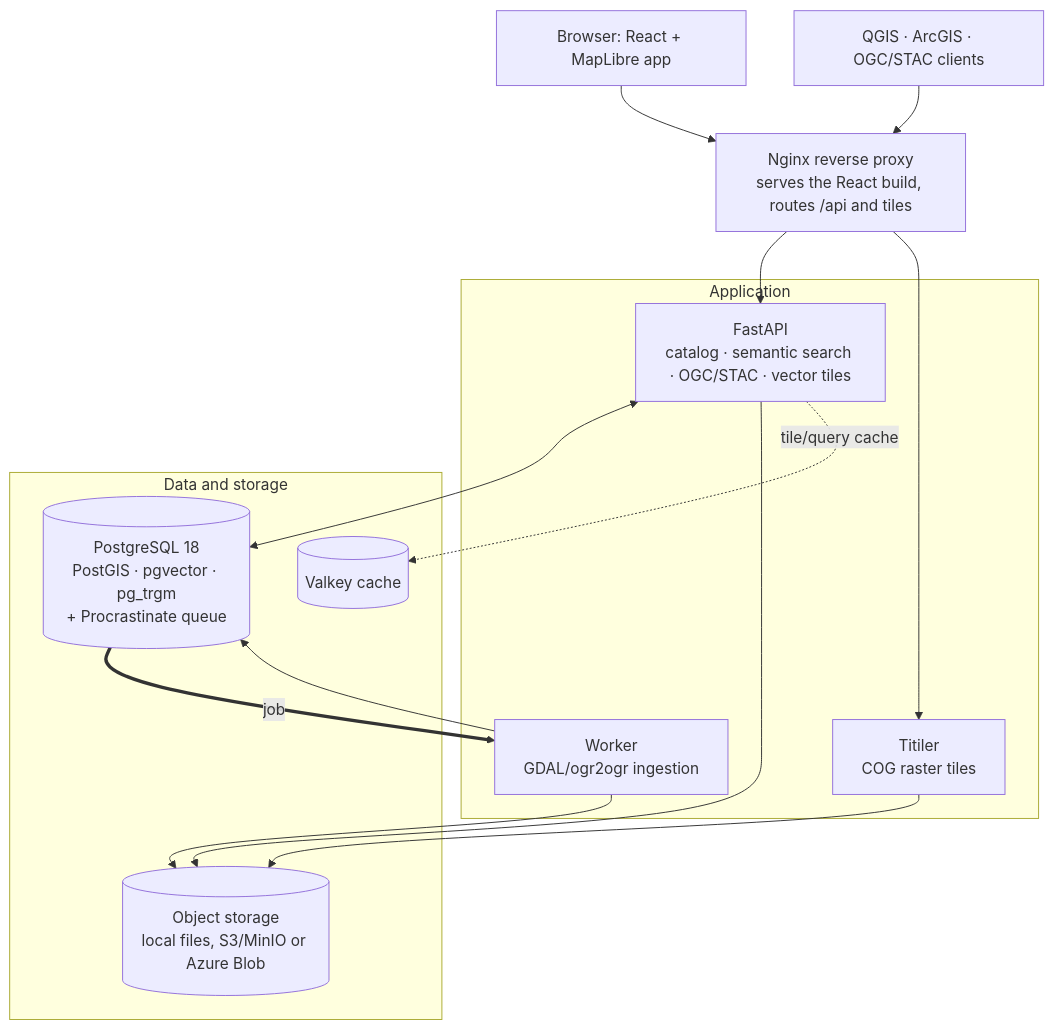
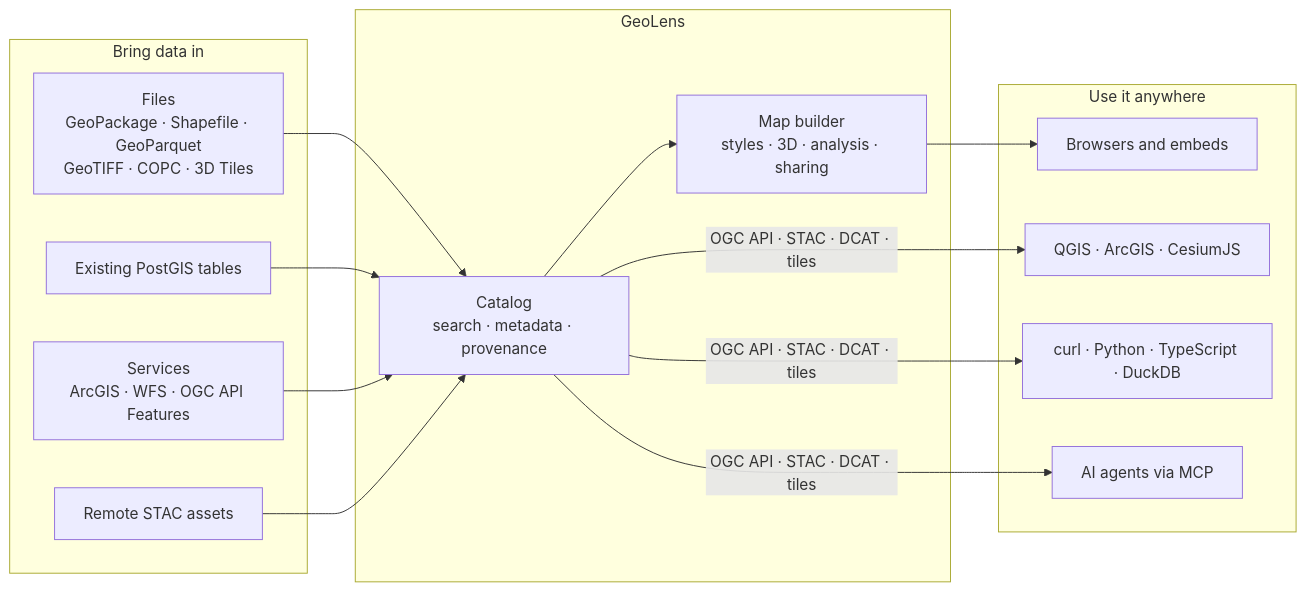
Before and after one commit to geolens-io/geolens: the diagram in README.md, drawn with Mermaid. The commit also changed other lines of this file and 13 other files, not shown here.

````diff
--- a/README.md
+++ b/README.md
@@ -186,31 +53,22 @@
 ```mermaid
-flowchart TB
-    B["Browser: React + MapLibre app"]
-    OGC["QGIS · ArcGIS · OGC/STAC clients"]
-
-    NG["Nginx reverse proxy<br/>serves the React build, routes /api and tiles"]
-
-    subgraph Application
-      API["FastAPI<br/>catalog · semantic search · OGC/STAC · vector tiles"]
-      W["Worker<br/>GDAL/ogr2ogr ingestion"]
-      TT["Titiler<br/>COG raster tiles"]
+flowchart LR
+    subgraph IN ["Bring data in"]
+      F["Files<br/>GeoPackage · Shapefile · GeoParquet<br/>GeoTIFF · COPC · 3D Tiles"]
+      DB["Existing PostGIS tables"]
+      SVC["Services<br/>ArcGIS · WFS · OGC API Features"]
+      ST["Remote STAC assets"]
     end
-
-    subgraph store [Data and storage]
-      PG[("PostgreSQL 18<br/>PostGIS · pgvector · pg_trgm<br/>+ Procrastinate queue")]
-      OBJ[("Object storage<br/>local files, S3/MinIO or Azure Blob")]
-      CACHE[("Valkey cache")]
+    subgraph GL ["GeoLens"]
+      CAT["Catalog<br/>search · metadata · provenance"]
+      MB["Map builder<br/>styles · 3D · analysis · sharing"]
     end
-
-    B --> NG
-    OGC --> NG
-    NG --> API
-    NG --> TT
-    API <--> PG
-    API --> OBJ
-    API -. tile/query cache .-> CACHE
-    PG == job ==> W
-    W --> PG
-    W --> OBJ
-    TT --> OBJ
+    subgraph OUT ["Use it anywhere"]
+      WEB["Browsers and embeds"]
+      GIS["QGIS · ArcGIS · CesiumJS"]
+      CODE["curl · Python · TypeScript · DuckDB"]
+      AG["AI agents via MCP"]
+    end
+    F & DB & SVC & ST --> CAT
+    CAT --> MB --> WEB
+    CAT -- "OGC API · STAC · DCAT · tiles" --> GIS & CODE & AG
 ```
````
